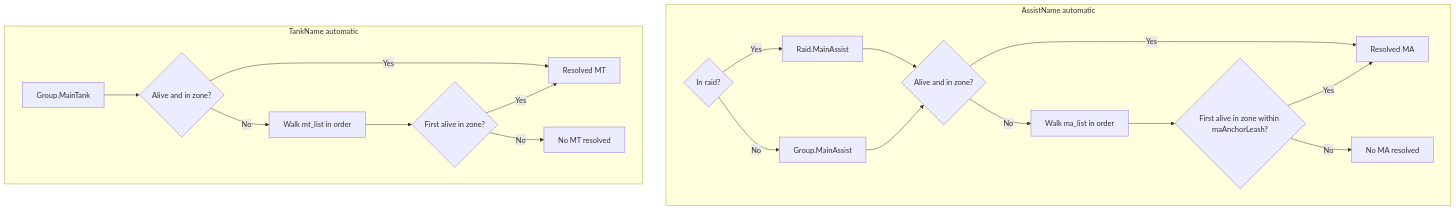
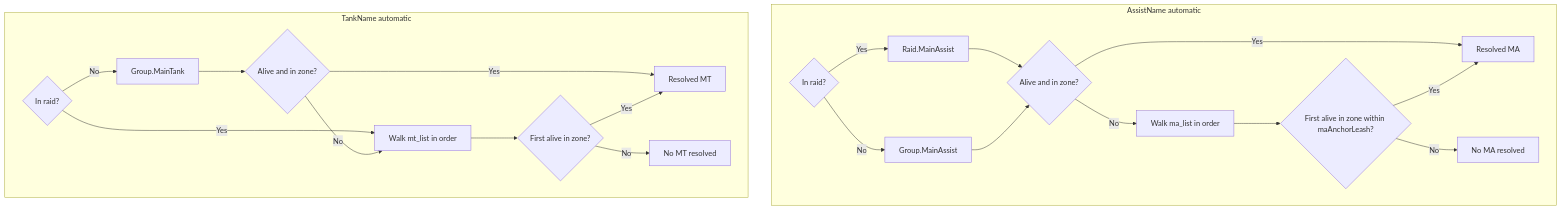
One commit to Cezero/czbot changed the diagram in docs/automatic-ma-mt-selection.md. Above: the diagram before and after it, drawn with Mermaid. The commit also changed other lines of this file and 4 other files, not shown here.

Commit message:
fix so group MT doesn't apply when in a raid

````diff
--- a/docs/automatic-ma-mt-selection.md
+++ b/docs/automatic-ma-mt-selection.md
@@ -51,24 +51,26 @@
 ```mermaid
 flowchart TD
     subgraph ma [AssistName automatic]
         MA1{In raid?}
         MA1 -->|Yes| MA2[Raid.MainAssist]
         MA1 -->|No| MA3[Group.MainAssist]
         MA2 --> MA4{Alive and in zone?}
         MA3 --> MA4
         MA4 -->|Yes| MAResolved[Resolved MA]
         MA4 -->|No| MA5[Walk ma_list in order]
         MA5 --> MA6{First alive in zone within maAnchorLeash?}
         MA6 -->|Yes| MAResolved
         MA6 -->|No| MANone[No MA resolved]
     end
     subgraph mt [TankName automatic]
-        MT2[Group.MainTank]
+        MT1{In raid?}
+        MT1 -->|Yes| MT5[Walk mt_list in order]
+        MT1 -->|No| MT2[Group.MainTank]
         MT2 --> MT4{Alive and in zone?}
         MT4 -->|Yes| MTResolved[Resolved MT]
-        MT4 -->|No| MT5[Walk mt_list in order]
+        MT4 -->|No| MT5
         MT5 --> MT6{First alive in zone?}
         MT6 -->|Yes| MTResolved
         MT6 -->|No| MTNone[No MT resolved]
     end
 ```
````
